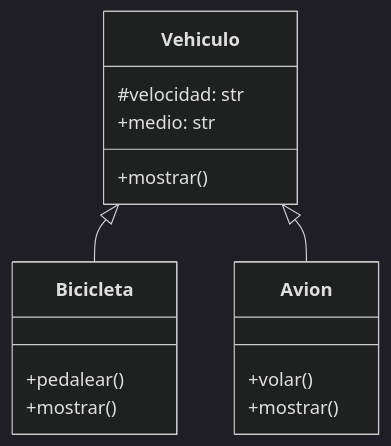
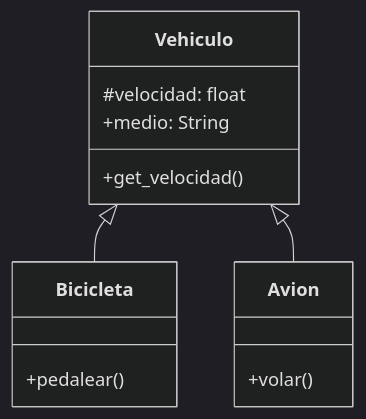
One commit to bk320/psg-oop-2025 changed the diagram in retos_sesion_05/ejercicio_01.md. Above: the diagram before and after it, drawn with Mermaid (dark theme). The commit also changed other lines of this file and 3 other files, not shown here.

````diff
--- a/retos_sesion_05/ejercicio_01.md
+++ b/retos_sesion_05/ejercicio_01.md
@@ -56,18 +77,16 @@
 ```mermaid
 classDiagram
     class Vehiculo {
-        #velocidad: str
-        +medio: str
-        +mostrar()
+        #velocidad: float
+        +medio: String
+        +get_velocidad()
     }
     class Bicicleta {
         +pedalear()
-        +mostrar()
     }
     class Avion {
         +volar()
-        +mostrar()
     }
     Vehiculo <|-- Bicicleta
     Vehiculo <|-- Avion
 ```
````
